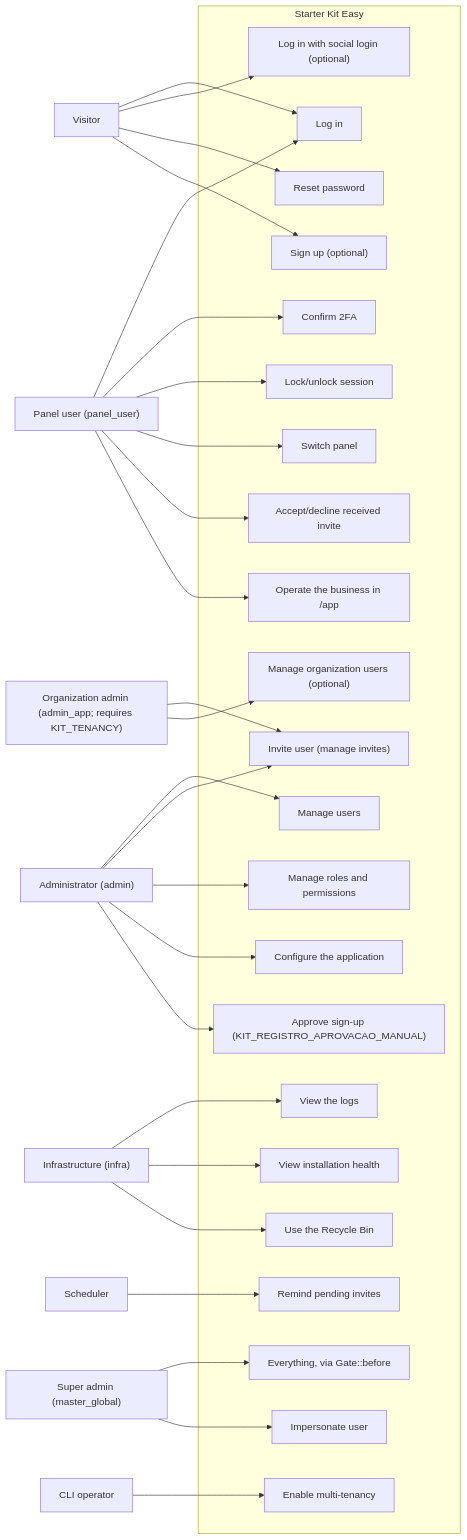
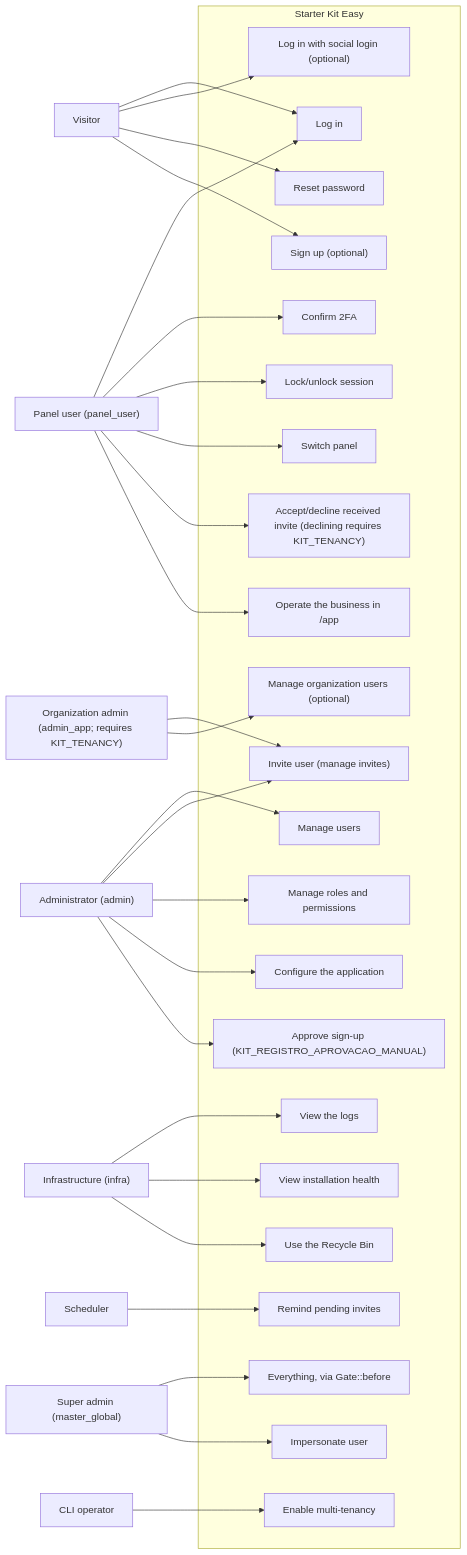
Before and after one commit to gsferro/filament-starter-kit-easy: the second of 4 diagrams in docs/en/referencia/arquitetura-em-diagramas.md, drawn with Mermaid. The commit also changed other lines of this file and 12 other files, not shown here.

First line of the commit message:
:lipstick: fix(site): os diagramas no tamanho natural, com rolagem no bloco, e os opcionais com a chave

````diff
--- a/docs/en/referencia/arquitetura-em-diagramas.md
+++ b/docs/en/referencia/arquitetura-em-diagramas.md
@@ -60,62 +60,62 @@
 ```mermaid
 flowchart LR
 %% DG-02
 accTitle: Use cases by role
 accDescr: The kit's eight actors and the use cases each role reaches, inside the Starter Kit Easy boundary.
   ator_visitante["Visitor"]
   ator_panel_user["Panel user (panel_user)"]
   ator_admin_app["Organization admin (admin_app; requires KIT_TENANCY)"]
   ator_admin["Administrator (admin)"]
   ator_infra["Infrastructure (infra)"]
   ator_master_global["Super admin (master_global)"]
   ator_agendador["Scheduler"]
   ator_cli["CLI operator"]
   subgraph fronteira ["Starter Kit Easy"]
     cu_login["Log in"]
     cu_login_social["Log in with social login (optional)"]
     cu_recuperar_senha["Reset password"]
     cu_cadastro["Sign up (optional)"]
-    cu_aceitar_convite["Accept/decline received invite"]
+    cu_aceitar_convite["Accept/decline received invite (declining requires KIT_TENANCY)"]
     cu_trocar_painel["Switch panel"]
     cu_2fa["Confirm 2FA"]
     cu_bloqueio["Lock/unlock session"]
     cu_operar_negocio["Operate the business in /app"]
     cu_convidar["Invite user (manage invites)"]
     cu_gerir_usuarios["Manage users"]
     cu_gerir_usuarios_org["Manage organization users (optional)"]
     cu_aprovar_cadastro["Approve sign-up (KIT_REGISTRO_APROVACAO_MANUAL)"]
     cu_gerir_papeis["Manage roles and permissions"]
     cu_configuracoes["Configure the application"]
     cu_ver_logs["View the logs"]
     cu_ver_saude["View installation health"]
     cu_lixeira["Use the Recycle Bin"]
     cu_personificar["Impersonate user"]
     cu_lembrar_convites["Remind pending invites"]
     cu_tenancy["Enable multi-tenancy"]
     cu_tudo["Everything, via Gate::before"]
   end
   ator_visitante --> cu_login
   ator_visitante --> cu_login_social
   ator_visitante --> cu_recuperar_senha
   ator_visitante --> cu_cadastro
   ator_panel_user --> cu_login
   ator_panel_user --> cu_2fa
   ator_panel_user --> cu_bloqueio
   ator_panel_user --> cu_trocar_painel
   ator_panel_user --> cu_aceitar_convite
   ator_panel_user --> cu_operar_negocio
   ator_admin_app --> cu_convidar
   ator_admin_app --> cu_gerir_usuarios_org
   ator_admin --> cu_gerir_usuarios
   ator_admin --> cu_convidar
   ator_admin --> cu_gerir_papeis
   ator_admin --> cu_configuracoes
   ator_admin --> cu_aprovar_cadastro
   ator_infra --> cu_ver_logs
   ator_infra --> cu_ver_saude
   ator_infra --> cu_lixeira
   ator_master_global --> cu_tudo
   ator_master_global --> cu_personificar
   ator_agendador --> cu_lembrar_convites
   ator_cli --> cu_tenancy
 ```
````
